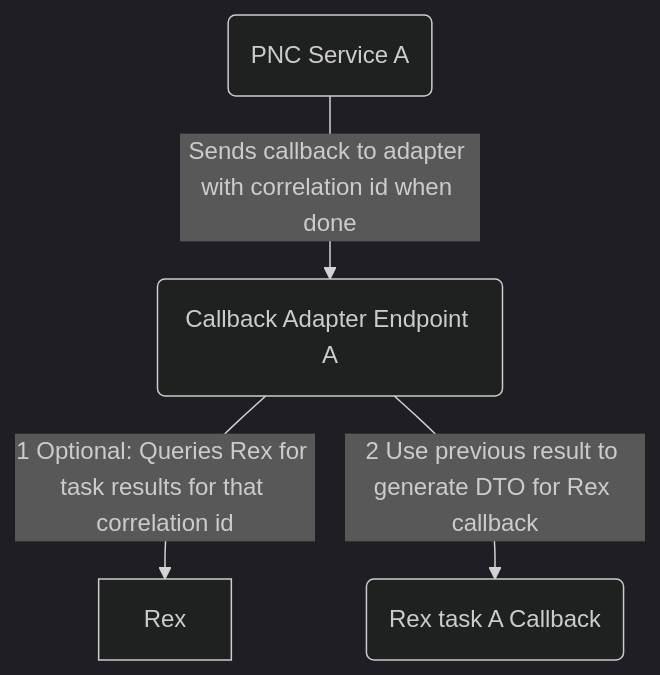
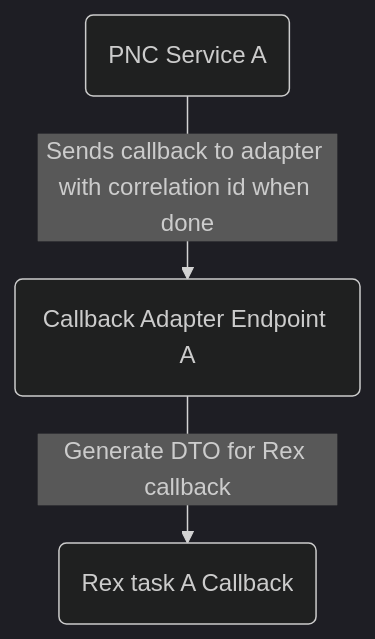
One commit to thescouser89/dingrogu changed the fifth of 5 diagrams in README.md. Above: the diagram before and after it, drawn with Mermaid (dark theme). The commit also changed other lines of this file, not shown here.

````diff
--- a/README.md
+++ b/README.md
@@ -103,6 +99,5 @@
 ```mermaid
 graph TD
     PNCService(PNC Service A) -->|Sends callback to adapter with correlation id when done| AdapterCallback(Callback Adapter Endpoint A)
-    AdapterCallback --> |1 Optional: Queries Rex for task results for that correlation id| Rex
-    AdapterCallback --> |2 Use previous result to generate DTO for Rex callback| RexTask(Rex task A Callback)
+    AdapterCallback --> |Generate DTO for Rex callback| RexTask(Rex task A Callback)
 ```
````
